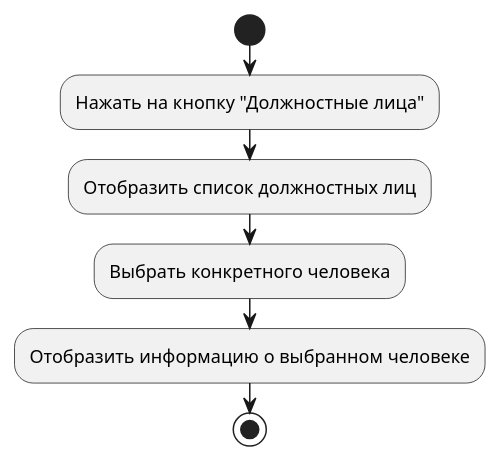
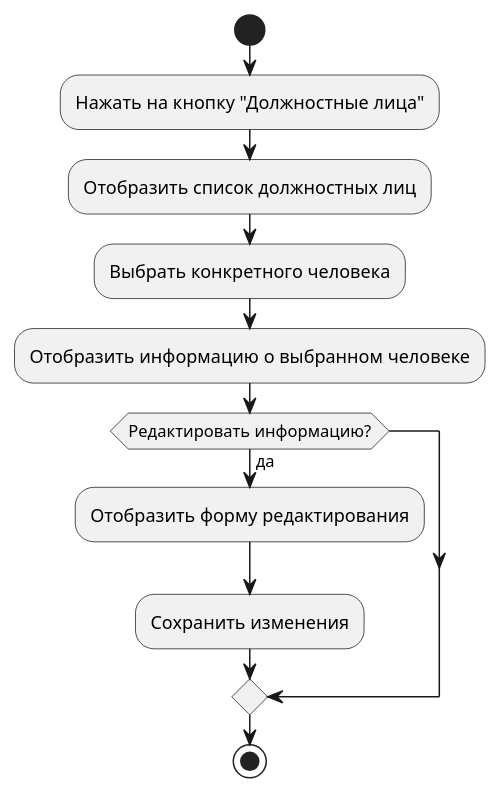
One commit to sinseiwas/PROspekt_bot changed the diagram in docs/diagrams/directors_info.puml. Above: the diagram before and after it, drawn with PlantUML. The commit also changed 9 other files, not shown here.

```diff
--- a/docs/diagrams/directors_info.puml
+++ b/docs/diagrams/directors_info.puml
@@ -1,8 +1,12 @@
 @startuml
 start
 :Нажать на кнопку "Должностные лица";
 :Отобразить список должностных лиц;
 :Выбрать конкретного человека;
 :Отобразить информацию о выбранном человеке;
+if (Редактировать информацию?) then (да)
+  :Отобразить форму редактирования;
+  :Сохранить изменения;
+endif
 stop
 @enduml
```
